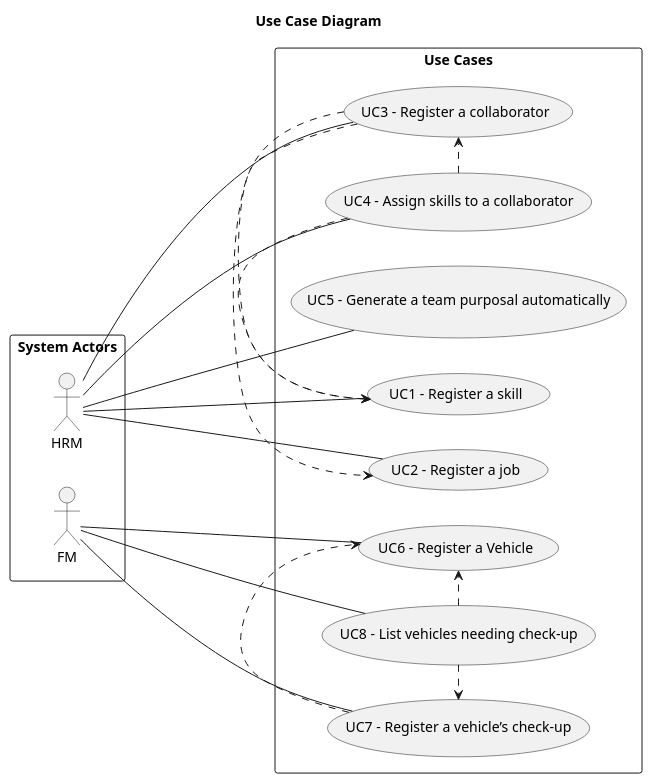
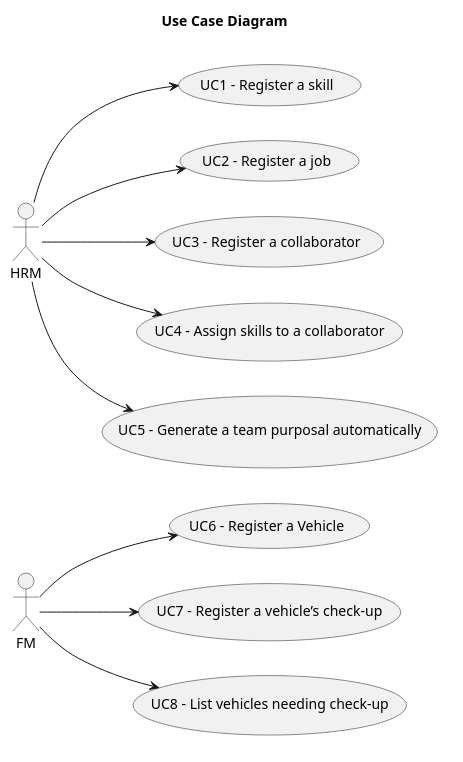
Before and after one commit to Rui-San/LAPR2_2023_2024: the diagram in docs/sprintA/global-artifacts/01.requirements-engineering/puml/use-case-diagram.puml, drawn with PlantUML.

Commit message:
Use Case Diagram: - Removed rectangle as it was in the template notes. - Placed the dependencies inside a note (but not showing on the Diagram itself)

```diff
--- a/docs/sprintA/global-artifacts/01.requirements-engineering/puml/use-case-diagram.puml
+++ b/docs/sprintA/global-artifacts/01.requirements-engineering/puml/use-case-diagram.puml
@@ -1,51 +1,57 @@
 @startuml
 'skinparam monochrome true
 skinparam packageStyle rectangle
 'skinparam shadowing false
-skinparam linetype cubic
+
+skinparam rectangle {
+    borderColor transparent
+}
 
 title Use Case Diagram
 
 left to right direction
 
-rectangle "System Actors" as actors {
-
     actor "HRM"
     actor "FM"
-}
 
 
+rectangle {
 
-rectangle "Use Cases" as usecases{
+
     usecase "UC1 - Register a skill" as UC1
     usecase "UC2 - Register a job" as UC2
     usecase "UC3 - Register a collaborator" as UC3
     usecase "UC4 - Assign skills to a collaborator" as UC4
     usecase "UC5 - Generate a team purposal automatically" as UC5
     usecase "UC6 - Register a Vehicle" as UC6
     usecase "UC7 - Register a vehicle’s check-up" as UC7
     usecase "UC8 - List vehicles needing check-up" as UC8
 
-    HRM - UC1
-    HRM - UC2
-    HRM --- UC3
-    HRM -- UC4
-    HRM -- UC5
-    FM -- UC6
-    FM -- UC7
-    FM ---- UC8
+    HRM --> UC1
+    HRM --> UC2
+    HRM --> UC3
+    HRM --> UC4
+    HRM --> UC5
+    FM --> UC6
+    FM --> UC7
+    FM --> UC8
 
 
-    UC3 .> UC1
+skinparam note {
+    borderColor transparent
+    backgroundColor transparent
+    UC3 > UC1
     UC3 .> UC2
     UC4 .> UC1
     UC4 .> UC3
     UC7 .> UC6
     UC8 .> UC6
     UC8 .> UC7
+}
+
 
 
 }
 
 
 @enduml
```
